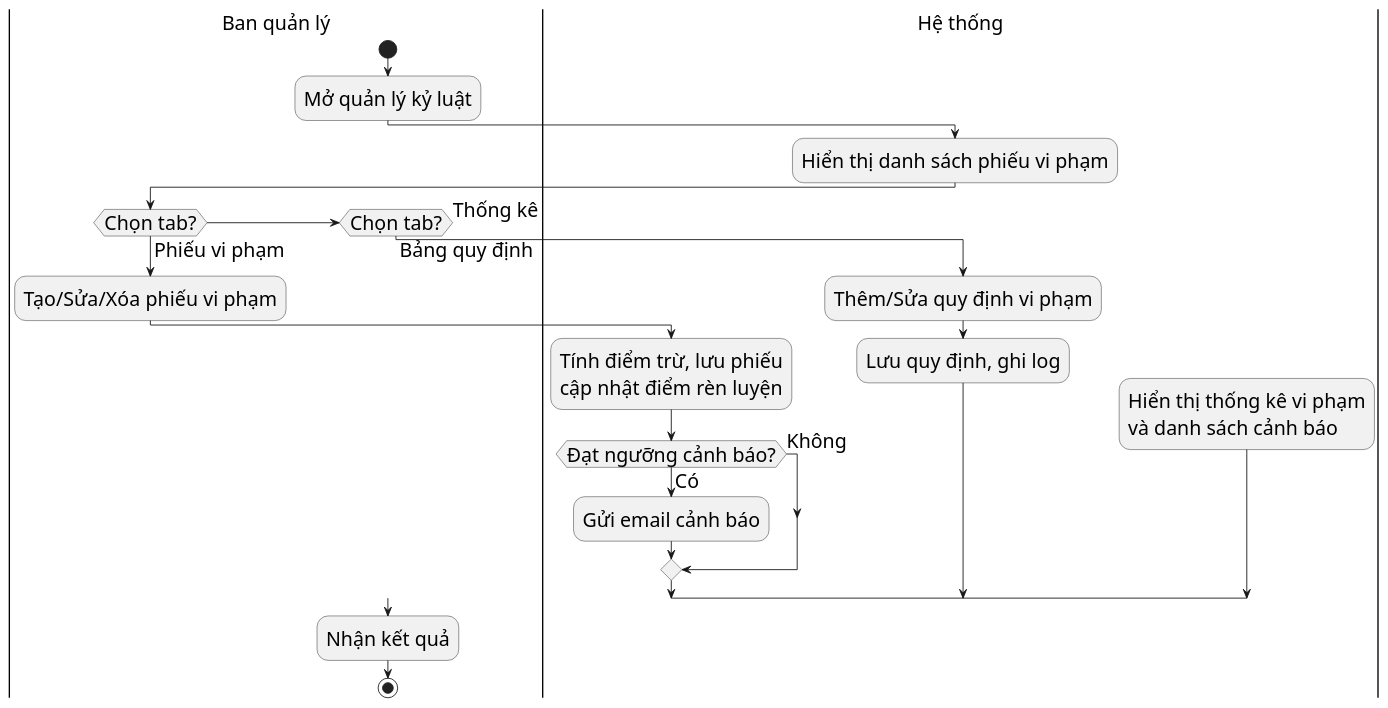
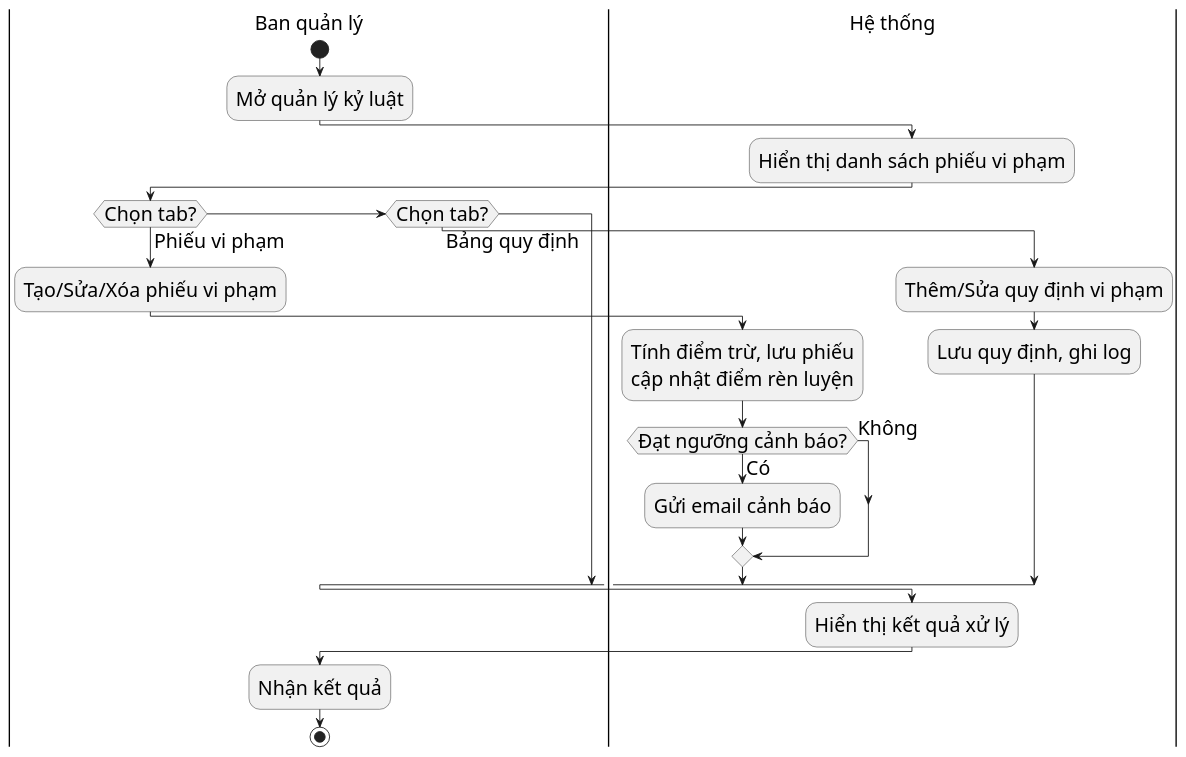
The diagram in diagrams/nhomkyluat/discipline_management_activity.puml (s0nbuildtech287/dormitory-frontend), drawn with PlantUML before and after one commit.

Commit message:
fix lại biểu đồ phản ánh

```diff
--- a/diagrams/nhomkyluat/discipline_management_activity.puml
+++ b/diagrams/nhomkyluat/discipline_management_activity.puml
@@ -1,33 +1,32 @@
 @startuml "Discipline Management Activity"
 skinparam defaultFontSize 22
 skinparam defaultFontName "Times New Roman"
 
 |Ban quản lý|
 start
 :Mở quản lý kỷ luật;
 
 |Hệ thống|
 :Hiển thị danh sách phiếu vi phạm;
 
 |Ban quản lý|
 if (Chọn tab?) then (Phiếu vi phạm)
   :Tạo/Sửa/Xóa phiếu vi phạm;
   |Hệ thống|
   :Tính điểm trừ, lưu phiếu\ncập nhật điểm rèn luyện;
   if (Đạt ngưỡng cảnh báo?) then (Có)
     :Gửi email cảnh báo;
   else (Không)
   endif
 elseif (Chọn tab?) then (Bảng quy định)
   :Thêm/Sửa quy định vi phạm;
   |Hệ thống|
   :Lưu quy định, ghi log;
-else (Thống kê)
-  |Hệ thống|
-  :Hiển thị thống kê vi phạm\nvà danh sách cảnh báo;
 endif
 
+|Hệ thống|
+:Hiển thị kết quả xử lý;
 |Ban quản lý|
 :Nhận kết quả;
 stop
 @enduml
```
